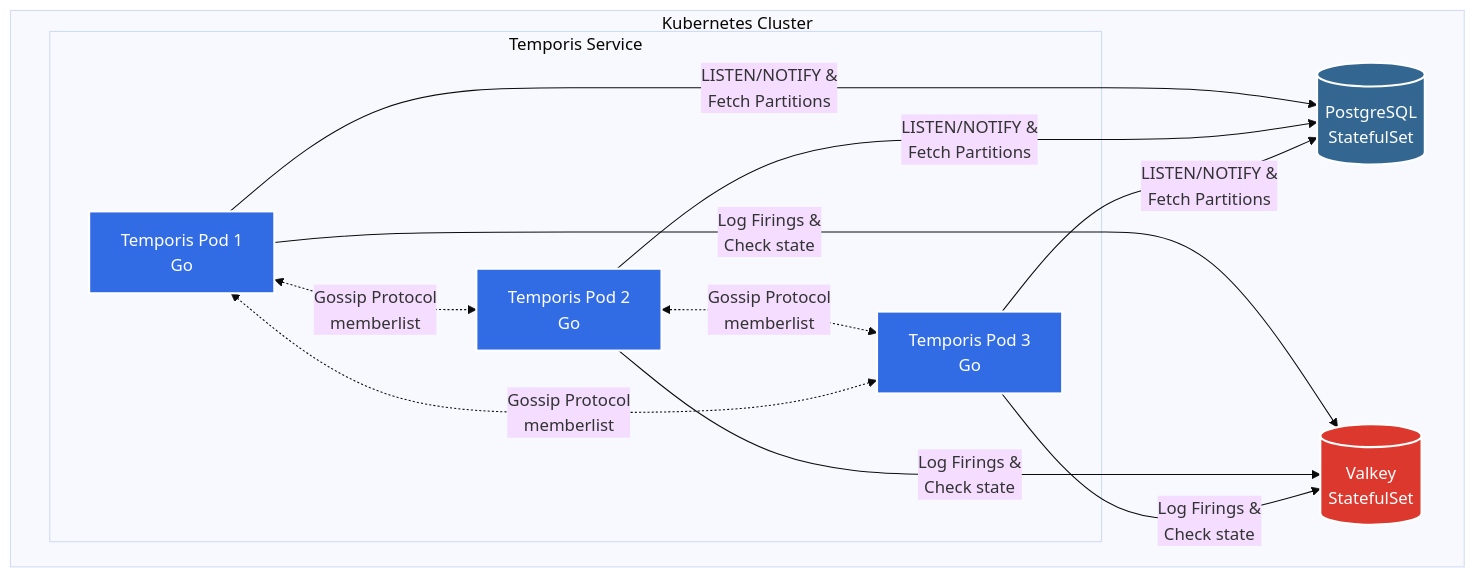
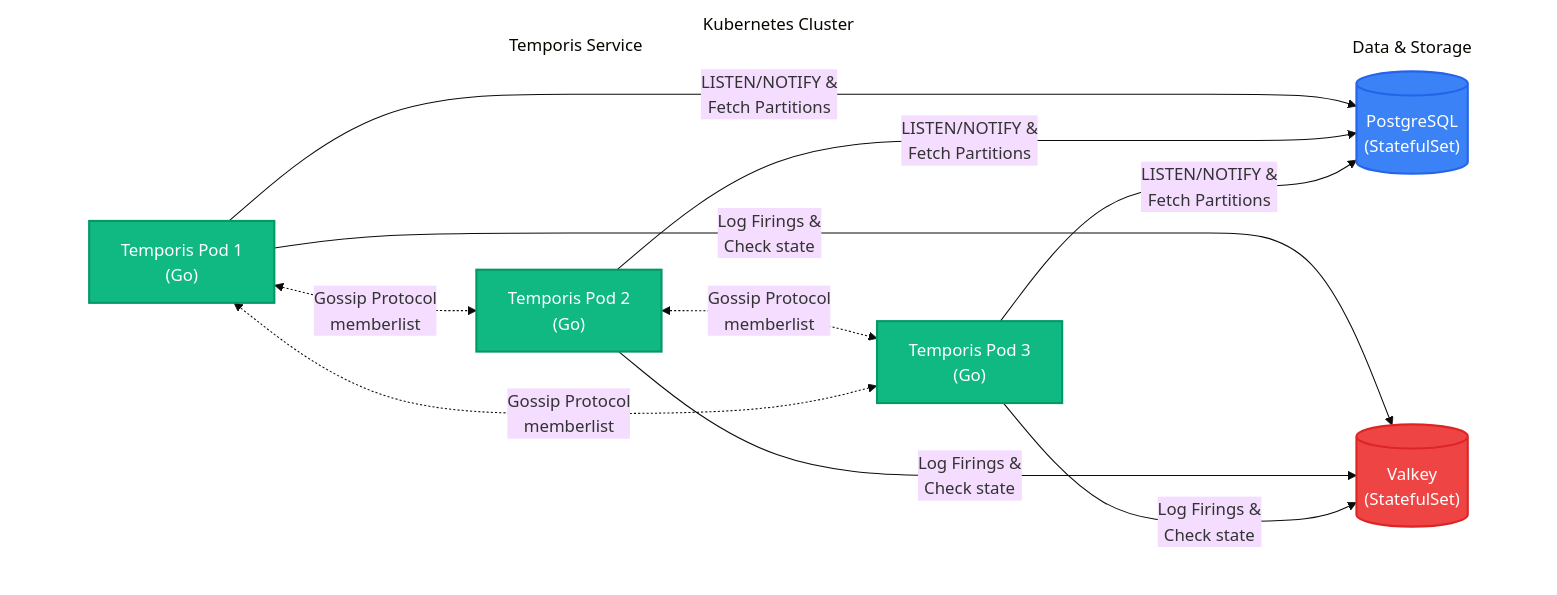
Before and after one commit to robbdimitrov/temporis: the diagram in README.md, drawn with Mermaid (base theme). The commit also changed 2 other files, not shown here.

Commit message:
docs: redesign architecture mermaid diagram for cleaner layout and robust theme compatibility

````diff
--- a/README.md
+++ b/README.md
@@ -15,36 +15,38 @@
 ```mermaid
 graph TD
-    subgraph Kubernetes Cluster
-        subgraph Temporis Service
-            T1[Temporis Pod 1<br>Go]
-            T2[Temporis Pod 2<br>Go]
-            T3[Temporis Pod 3<br>Go]
+    subgraph kubernetes_cluster ["Kubernetes Cluster"]
+        subgraph temporis_service ["Temporis Service"]
+            T1["Temporis Pod 1<br>(Go)"]:::pod
+            T2["Temporis Pod 2<br>(Go)"]:::pod
+            T3["Temporis Pod 3<br>(Go)"]:::pod
         end
 
-        DB[(PostgreSQL<br>StatefulSet)]
-        Cache[(Valkey<br>StatefulSet)]
+        subgraph data_storage ["Data & Storage"]
+            DB[("PostgreSQL<br>(StatefulSet)")]:::db
+            Cache[("Valkey<br>(StatefulSet)")]:::cache
+        end
         
         %% Gossip Protocol
         T1 <-.->|Gossip Protocol<br>memberlist| T2
         T2 <-.->|Gossip Protocol<br>memberlist| T3
         T3 <-.->|Gossip Protocol<br>memberlist| T1
 
         %% Database Connections
         T1 -->|LISTEN/NOTIFY &<br>Fetch Partitions| DB
         T2 -->|LISTEN/NOTIFY &<br>Fetch Partitions| DB
         T3 -->|LISTEN/NOTIFY &<br>Fetch Partitions| DB
 
         %% Valkey Connections
         T1 -->|Log Firings &<br>Check state| Cache
         T2 -->|Log Firings &<br>Check state| Cache
         T3 -->|Log Firings &<br>Check state| Cache
     end
 
-    classDef pod fill:#326ce5,stroke:#fff,stroke-width:2px,color:#fff;
-    classDef db fill:#336791,stroke:#fff,stroke-width:2px,color:#fff;
-    classDef cache fill:#dc382d,stroke:#fff,stroke-width:2px,color:#fff;
+    classDef pod fill:#10b981,stroke:#059669,stroke-width:2px,color:#fff
+    classDef db fill:#3b82f6,stroke:#2563eb,stroke-width:2px,color:#fff
+    classDef cache fill:#ef4444,stroke:#dc2626,stroke-width:2px,color:#fff
 
-    class T1,T2,T3 pod;
-    class DB db;
-    class Cache cache;
+    style kubernetes_cluster fill:transparent,stroke:transparent
+    style temporis_service fill:transparent,stroke:transparent
+    style data_storage fill:transparent,stroke:transparent
 ```
````
